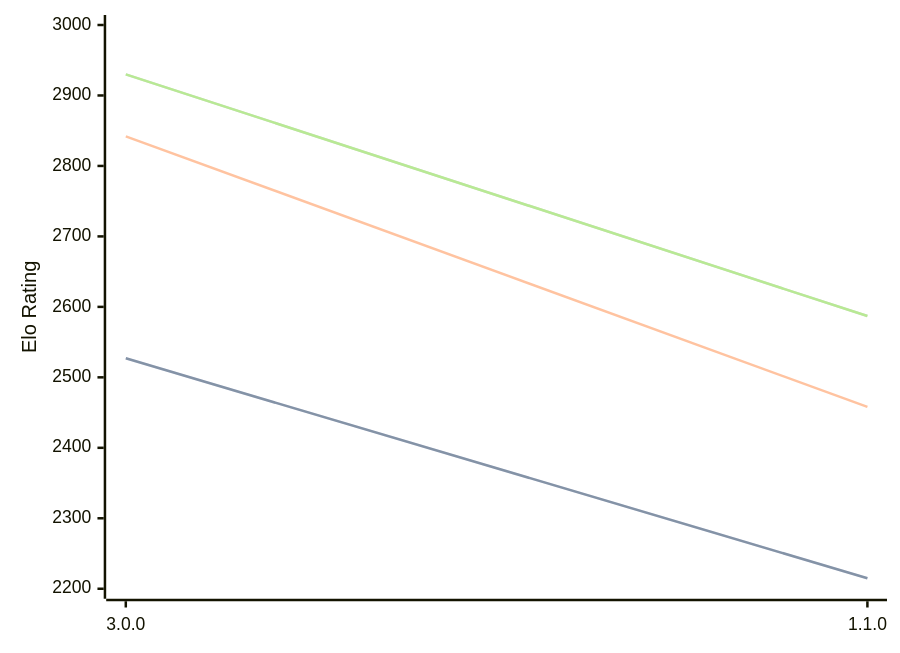
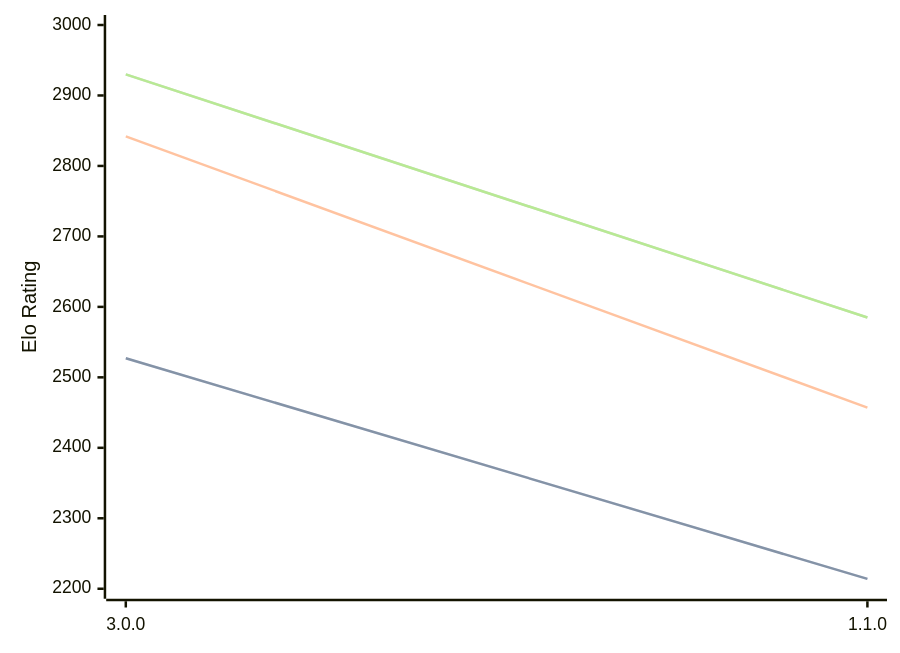
The diagram in engines/Potential.md (computer-chess-index/cci), drawn with Mermaid before and after one commit. The commit also changed other lines of this file, not shown here.

Commit message:
Update CCI Ratings (ELO VLTC) - 2026-06-10

````diff
--- a/engines/Potential.md
+++ b/engines/Potential.md
@@ -34,11 +34,11 @@
 ```mermaid
 %%{init: {"theme":"base","themeVariables":{"seriesColors:['#a3a3a3','#222221','#faa371']}}}%%
 xychart-beta
   x-axis ["3.0.0", "1.1.0"]
   y-axis "Elo Rating" 2200 --> 3000
-  line "STC (8.0+0.08s)" [2527, 2215]
-  line "STC (8.0+0.08s)" [2527, 2215]
-  line "LTC (60.0+0.60s)" [2842, 2458]
-  line "VLTC (2m24s+1.12s)" [2930, 2587]
-  line "VLTC (2m24s+1.12s)" [2930, 2587]
+  line "STC (8.0+0.08s)" [2527, 2214]
+  line "STC (8.0+0.08s)" [2527, 2214]
+  line "LTC (60.0+0.60s)" [2842, 2457]
+  line "VLTC (2m24s+1.12s)" [2930, 2585]
+  line "VLTC (2m24s+1.12s)" [2930, 2585]
 ```
````
